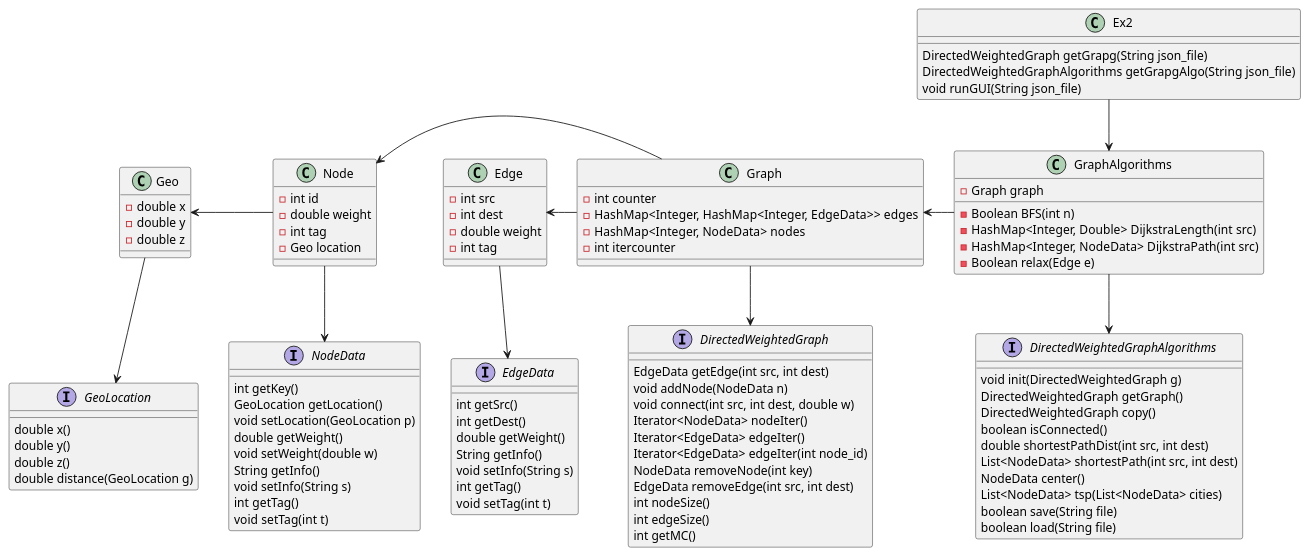
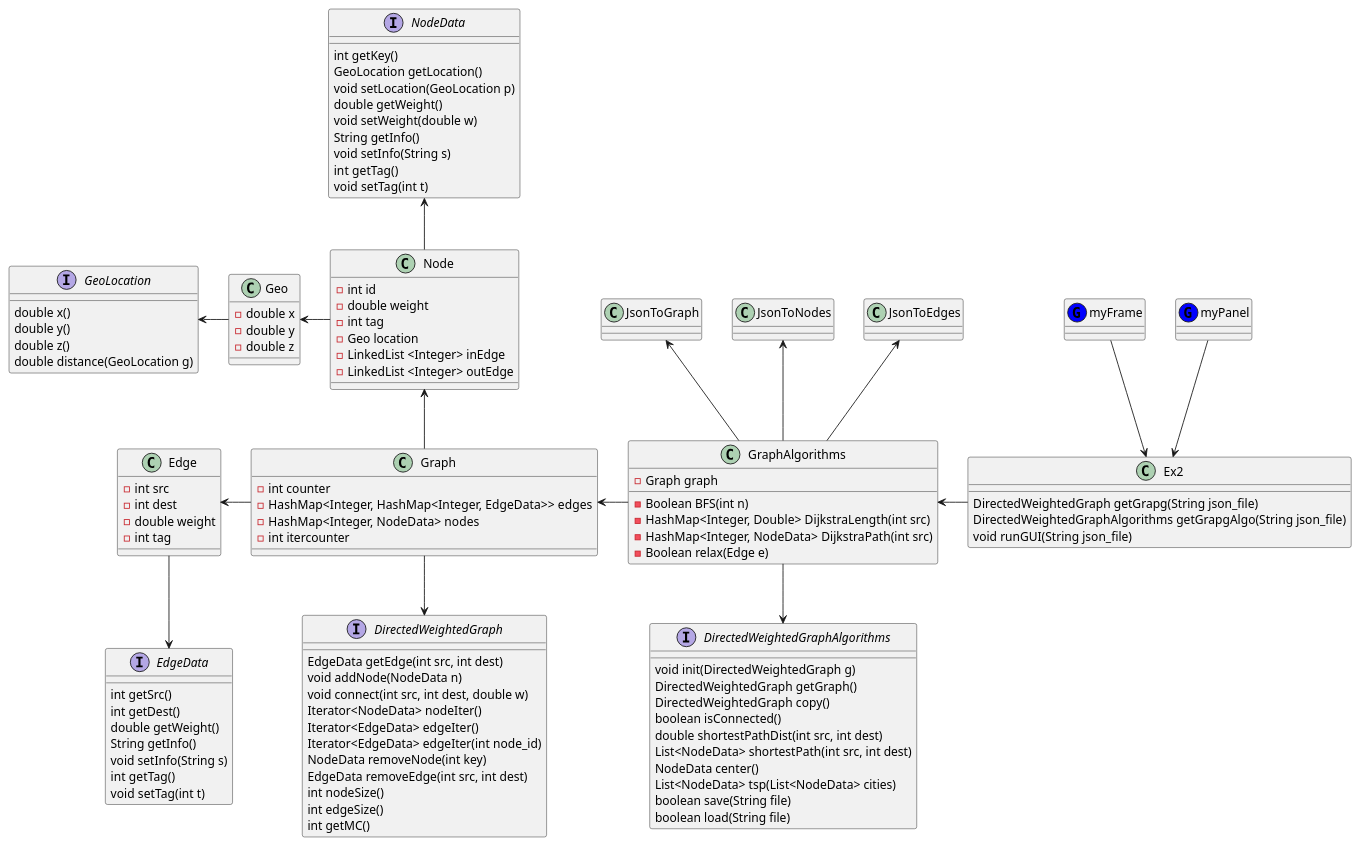
One commit to RoniPick/Directed-Weighted-graphs-Java changed the diagram in out/production/Ex2_OOP/Ex2_.puml. Above: the diagram before and after it, drawn with PlantUML. The commit also changed other lines of this file and 10 other files, not shown here.

```diff
--- a/out/production/Ex2_OOP/Ex2_.puml
+++ b/out/production/Ex2_OOP/Ex2_.puml
@@ -1,112 +1,129 @@
 @startuml
 'https://plantuml.com/class-diagram
 
 interface DirectedWeightedGraph{
 	EdgeData getEdge(int src, int dest)
 	void addNode(NodeData n)
 	void connect(int src, int dest, double w)
 	Iterator<NodeData> nodeIter()
 	Iterator<EdgeData> edgeIter()
 	Iterator<EdgeData> edgeIter(int node_id)
 	NodeData removeNode(int key)
 	EdgeData removeEdge(int src, int dest)
 	int nodeSize()
 	int edgeSize()
 	int getMC()
 }
 interface DirectedWeightedGraphAlgorithms{
     void init(DirectedWeightedGraph g)
     DirectedWeightedGraph getGraph()
     DirectedWeightedGraph copy()
     boolean isConnected()
     double shortestPathDist(int src, int dest)
     List<NodeData> shortestPath(int src, int dest)
     NodeData center()
     List<NodeData> tsp(List<NodeData> cities)
     boolean save(String file)
     boolean load(String file)
 }
 interface EdgeData{
     int getSrc()
 	int getDest()
 	double getWeight()
 	String getInfo()
 	void setInfo(String s)
 	int getTag()
 	void setTag(int t)
 }
 
 interface NodeData{
     int getKey()
 	GeoLocation getLocation()
 	void setLocation(GeoLocation p)
 	double getWeight()
 	void setWeight(double w)
 	String getInfo()
 	void setInfo(String s)
 	int getTag()
 	void setTag(int t)
 }
 
 interface GeoLocation{
     double x()
     double y()
     double z()
     double distance(GeoLocation g)
 }
 class Node {
  - int id
  - double weight
  - int tag
  - Geo location
+ - LinkedList <Integer> inEdge
+ - LinkedList <Integer> outEdge
 
 }
 
 class Geo {
 - double x
 - double y
 - double z
 
 }
 class Edge {
 - int src
 - int dest
 - double weight
 - int tag
 }
 class Graph{
 - int counter
 - HashMap<Integer, HashMap<Integer, EdgeData>> edges
 - HashMap<Integer, NodeData> nodes
 - int itercounter
 }
 
 class GraphAlgorithms{
 - Graph graph
 - Boolean BFS(int n)
 - HashMap<Integer, Double> DijkstraLength(int src)
 - HashMap<Integer, NodeData> DijkstraPath(int src)
 - Boolean relax(Edge e)
 
 }
+class JsonToEdges {}
+class JsonToNodes{}
+class JsonToGraph{}
+
+class myFrame << (G,blue) >>{}
+
+class myPanel<< (G,blue) >> {}
 
 class Ex2 {
 DirectedWeightedGraph getGrapg(String json_file)
 DirectedWeightedGraphAlgorithms getGrapgAlgo(String json_file)
 void runGUI(String json_file)
 }
 
-Ex2 -down-> GraphAlgorithms
 GraphAlgorithms -down-> DirectedWeightedGraphAlgorithms
 GraphAlgorithms -left-> Graph
 Graph -down-> DirectedWeightedGraph
+Ex2 -left-> GraphAlgorithms
+myFrame -down-> Ex2
+myPanel -down-> Ex2
+GraphAlgorithms -up-> JsonToEdges
+GraphAlgorithms -up->  JsonToNodes
+GraphAlgorithms -up->  JsonToGraph
 Graph -left-> Edge
 Edge -down-> EdgeData
-Graph -left-> Node
-Node -down-> NodeData
+Graph -up-> Node
+Node -up-> NodeData
 Node -left-> Geo
-Geo -down-> GeoLocation
+Geo -left-> GeoLocation
+
+
+
 
 
 
 @enduml
```
